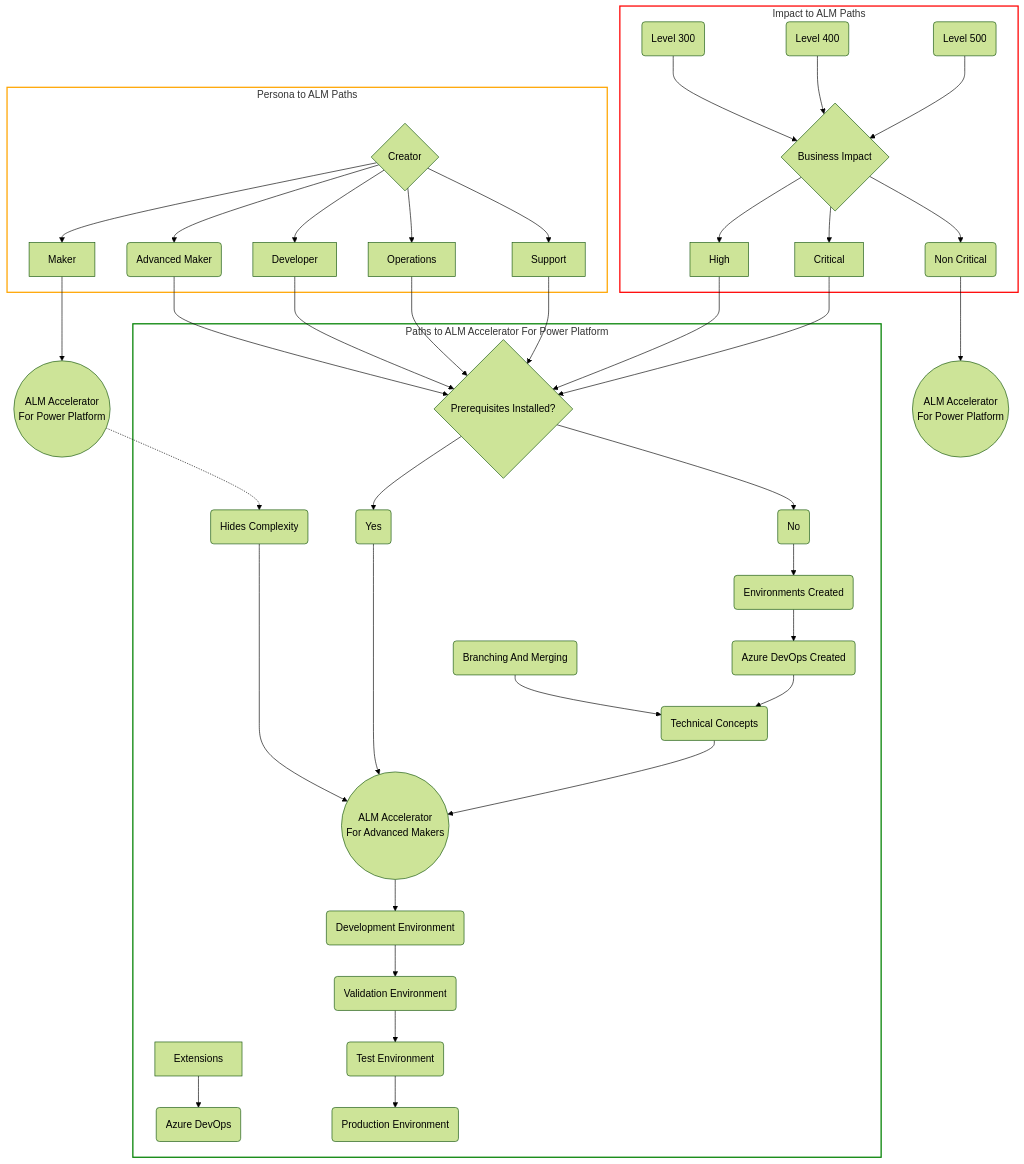
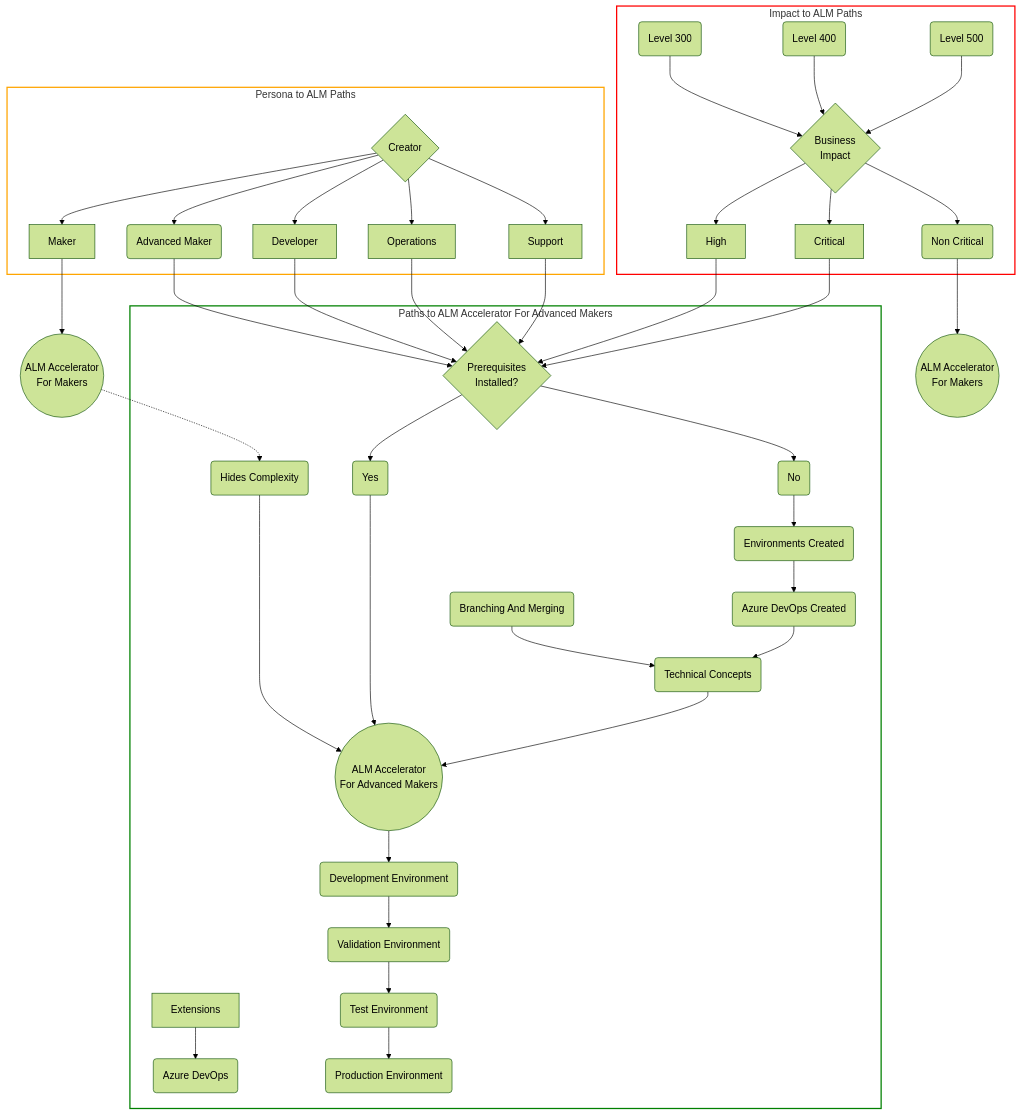
Before and after one commit to microsoft/coe-starter-kit: the diagram in coe-cli/docs/alm/maturity/decision-tree.mmd, drawn with Mermaid (forest theme). The commit also changed 35 other files, not shown here.

```diff
--- a/coe-cli/docs/alm/maturity/decision-tree.mmd
+++ b/coe-cli/docs/alm/maturity/decision-tree.mmd
@@ -1,75 +1,75 @@
 graph
-    AA4M((ALM Accelerator <br/> For Power Platform))
+    AA4M((ALM Accelerator <br/> For Makers))
     Maker --> AA4M
     
     subgraph impact[Impact to ALM Paths]
-        I{Business Impact}
+        I{Business <br/> Impact}
         I --> Critical
         I --> High
         I --> NC(Non Critical)
 
         300(Level 300) --> I
         400(Level 400) --> I
         500(Level 500) --> I
     end
 
-    AA4M2((ALM Accelerator <br/> For Power Platform))
+    AA4M2((ALM Accelerator <br/> For Makers))
     NC --> AA4M2
 
     style impact fill:transparent,stroke:red,stroke-width:2px
 
     subgraph persona[Persona to ALM Paths]
         C{Creator}
         C --> Maker
         C --> AM(Advanced Maker)
         C --> Developer       
         C --> Operations
         C --> Support       
     end
 
     style persona fill:transparent,stroke:orange,stroke-width:2px
 
     hideComplexity(Hides Complexity)
     
     AA4M -.-> hideComplexity
     
-    subgraph alm[Paths to ALM Accelerator For Power Platform]
-        prereqInstalled{Prerequisites Installed?}
+    subgraph aa4am[Paths to ALM Accelerator For Advanced Makers]
+    prereqInstalled{Prerequisites <br/> Installed?}
         prereqInstalled --> prereqYes(Yes)
         prereqInstalled --> prereqNo(No)
-
+        
         AM --> prereqInstalled
         Developer --> prereqInstalled
         Operations --> prereqInstalled
         Support --> prereqInstalled
 
         High --> prereqInstalled
         Critical --> prereqInstalled
 
         EnvironmentStrategy(Environments Created)
         AzureDevOps(Azure DevOps Created)
         TechnicalConcepts(Technical Concepts)
 
         BranchingAndMerging(Branching And Merging) --> TechnicalConcepts
 
         prereqNo -->EnvironmentStrategy
         EnvironmentStrategy --> AzureDevOps
         AzureDevOps --> TechnicalConcepts
 
-        alm2((ALM Accelerator <br/> For Advanced Makers))
-        hideComplexity --> alm2
+        AA4AM((ALM Accelerator <br/> For Advanced Makers))
+        hideComplexity --> AA4AM
 
-        prereqYes -----> alm2
-        TechnicalConcepts --> alm2
+        prereqYes -----> AA4AM
+        TechnicalConcepts --> AA4AM
         
-        alm-DevOps(Azure DevOps)
+        AA4AM-DevOps(Azure DevOps)
 
-        Extensions --> alm-DevOps
+        Extensions --> AA4AM-DevOps
 
-        alm2 -->DevelopmentEnvironment(Development Environment)
+        AA4AM -->DevelopmentEnvironment(Development Environment)
         DevelopmentEnvironment -->ValidationEnvironment(Validation Environment)
         ValidationEnvironment-->TestEnvironment(Test Environment)
         TestEnvironment--> ProductionEnvironment(Production Environment)
     end
 
-    style alm fill:transparent,stroke:green,stroke-width:2px
+    style aa4am fill:transparent,stroke:green,stroke-width:2px
```
